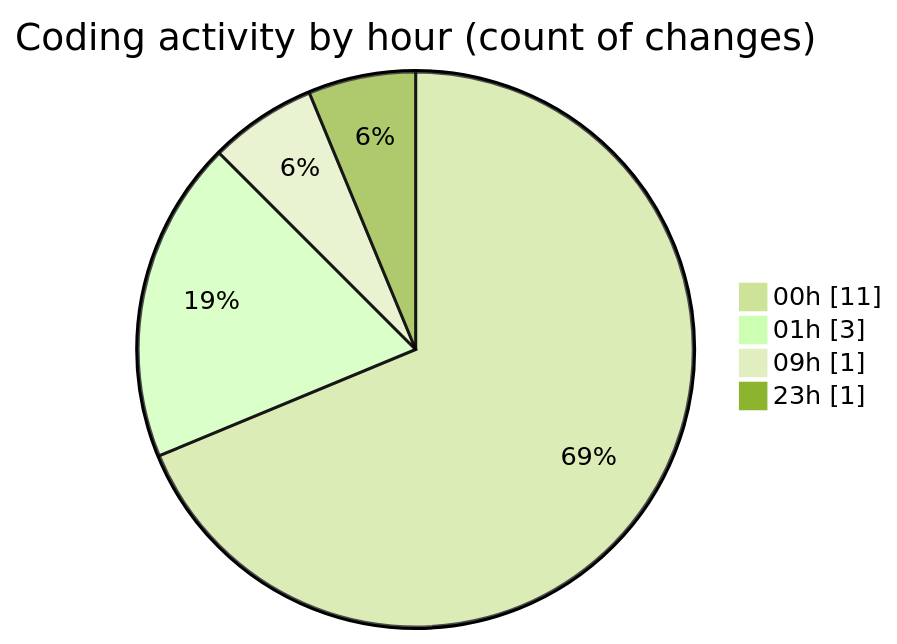
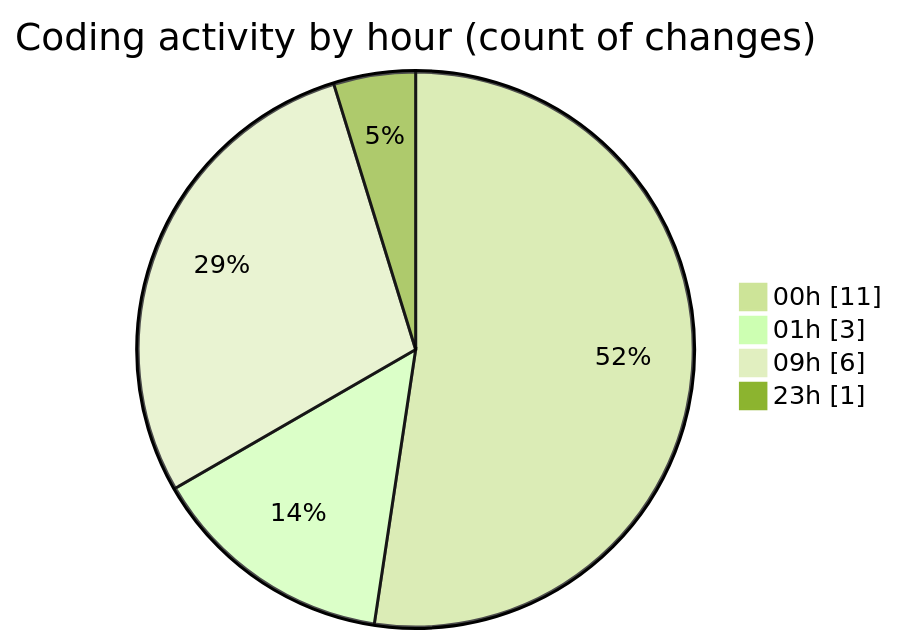
Before and after one commit to julien-gomy/code-tracking: the second of 2 diagrams in 2025-10-17/eventscop-frontend-guide__workspace_/README.md, drawn with Mermaid (forest theme). The commit also changed other lines of this file and 1 other file, not shown here.

````diff
--- a/2025-10-17/eventscop-frontend-guide__workspace_/README.md
+++ b/2025-10-17/eventscop-frontend-guide__workspace_/README.md
@@ -34,8 +36,8 @@
 ```mermaid
 pie showData
 title Coding activity by hour (count of changes)
 "00h" : 11
 "01h" : 3
-"09h" : 1
+"09h" : 6
 "23h" : 1
 ```
````
